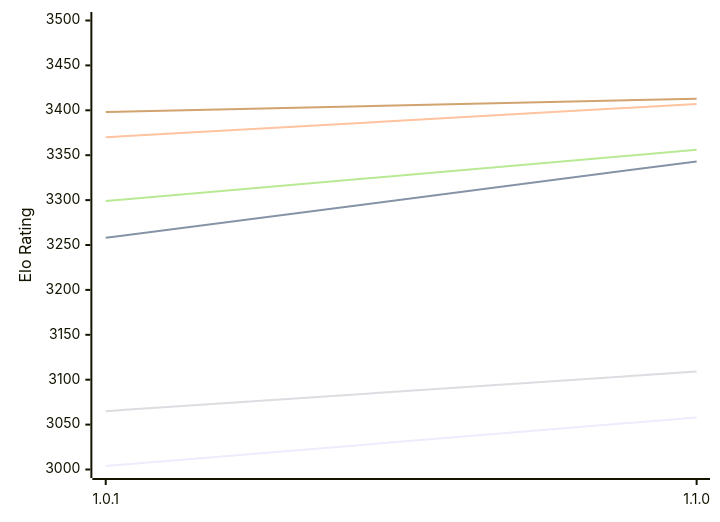
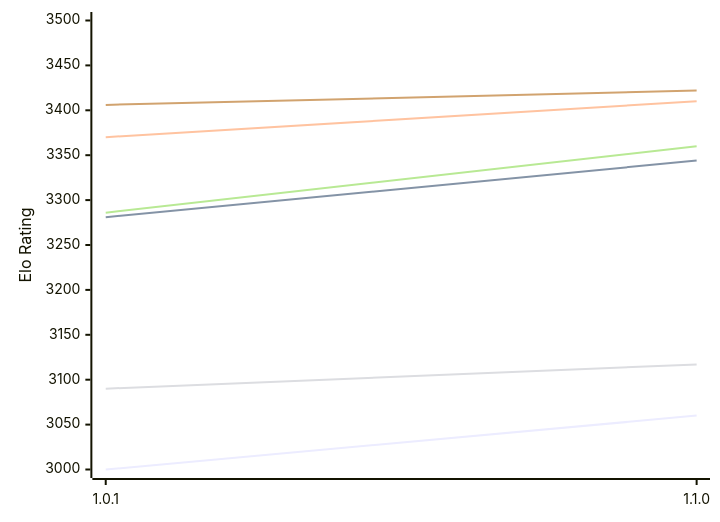
The first of 2 diagrams in engines/Ursus.md (computer-chess-index/cci), drawn with Mermaid before and after one commit. The commit also changed other lines of this file, not shown here.

Commit message:
Update CCI Ratings (ELO VLTC) - 2026-11-25

````diff
--- a/engines/Ursus.md
+++ b/engines/Ursus.md
@@ -51,12 +51,12 @@
 ```mermaid
 %%{init: {"theme":"base","themeVariables":{"seriesColors:['#a3a3a3','#222221','#faa371']}}}%%
 xychart-beta
   x-axis ["1.0.1", "1.1.0"]
   y-axis "Elo Rating" 3000 --> 3500
-  line "E1: STC (8.0+0.08s)" [3004, 3058]
-  line "E1: LTC (60.0+0.60s)" [3258, 3343]
-  line "E1: VLTC (2m24s+1.12s)" [3370, 3407]
-  line "P1: STC (8.0+0.08s)" [3065, 3109]
-  line "P1: LTC (60.0+0.60s)" [3299, 3356]
-  line "P1: VLTC (2m24s+1.12s)" [3398, 3413]
+  line "E1: STC (8.0+0.08s)" [3000, 3060]
+  line "E1: LTC (60.0+0.60s)" [3281, 3344]
+  line "E1: VLTC (2m24s+1.12s)" [3370, 3410]
+  line "P1: STC (8.0+0.08s)" [3090, 3117]
+  line "P1: LTC (60.0+0.60s)" [3286, 3360]
+  line "P1: VLTC (2m24s+1.12s)" [3406, 3422]
 ```
````
